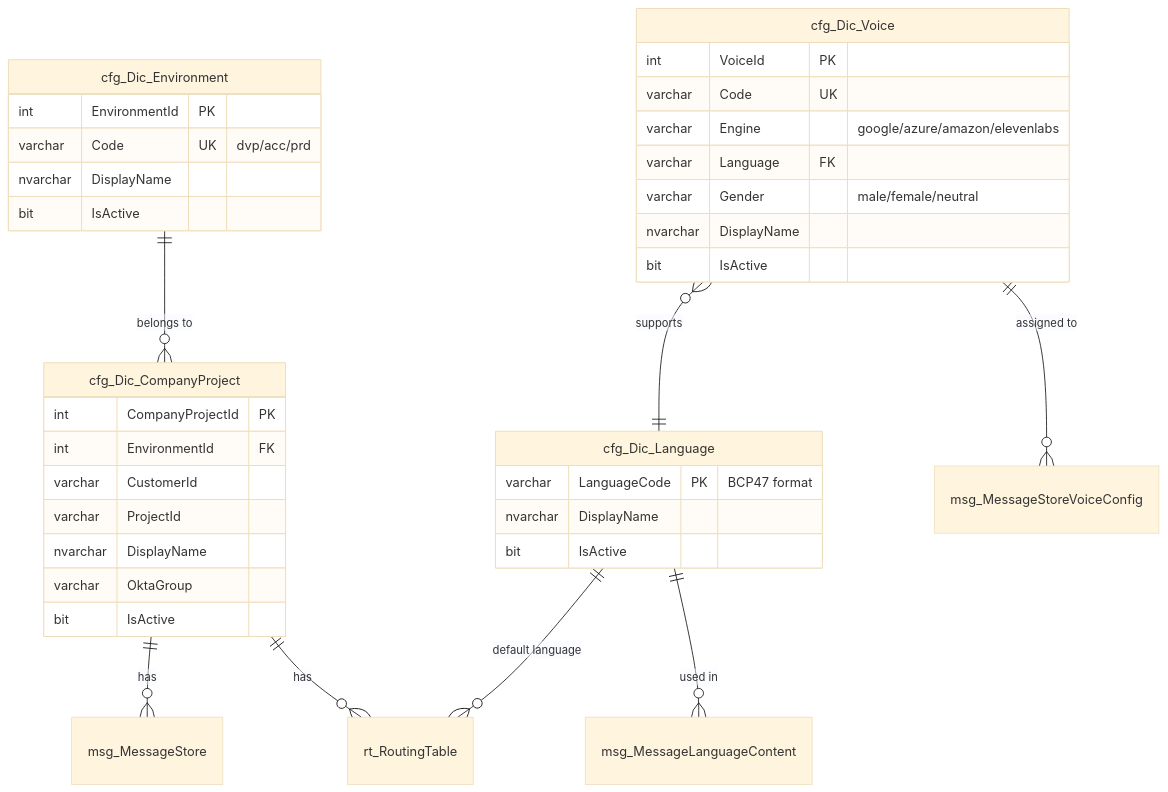
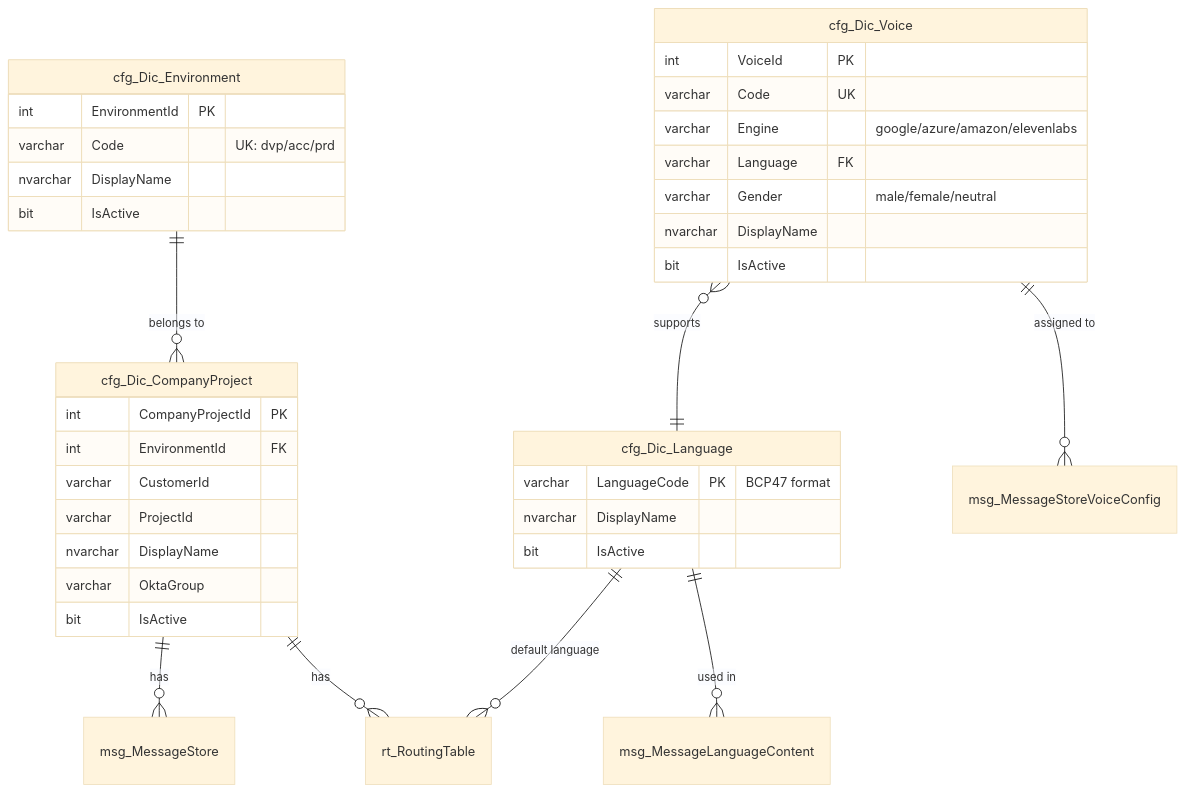
One commit to MertensMattias/routing-data-layer-doc changed the first of 5 diagrams in docs/DATABASE_SCHEMA.md. Above: the diagram before and after it, drawn with Mermaid (base theme). The commit also changed other lines of this file and 1 other file, not shown here.

Commit message:
Update DATABASE_SCHEMA.md to clarify unique key annotations and adjust DEVELOPER_GUIDE.md for IVR style color consistency.

````diff
--- a/docs/DATABASE_SCHEMA.md
+++ b/docs/DATABASE_SCHEMA.md
@@ -63,43 +63,43 @@
 ```mermaid
 erDiagram
     cfg_Dic_CompanyProject ||--o{ rt_RoutingTable : "has"
     cfg_Dic_CompanyProject ||--o{ msg_MessageStore : "has"
     cfg_Dic_Environment ||--o{ cfg_Dic_CompanyProject : "belongs to"
     cfg_Dic_Language ||--o{ msg_MessageLanguageContent : "used in"
     cfg_Dic_Language ||--o{ rt_RoutingTable : "default language"
     cfg_Dic_Voice ||--o{ msg_MessageStoreVoiceConfig : "assigned to"
     cfg_Dic_Voice }o--|| cfg_Dic_Language : "supports"
 
     cfg_Dic_CompanyProject {
         int CompanyProjectId PK
         int EnvironmentId FK
         varchar CustomerId
         varchar ProjectId
         nvarchar DisplayName
         varchar OktaGroup
         bit IsActive
     }
 
     cfg_Dic_Environment {
         int EnvironmentId PK
-        varchar Code UK "dvp/acc/prd"
+        varchar Code "UK: dvp/acc/prd"
         nvarchar DisplayName
         bit IsActive
     }
 
     cfg_Dic_Language {
         varchar LanguageCode PK "BCP47 format"
         nvarchar DisplayName
         bit IsActive
     }
 
     cfg_Dic_Voice {
         int VoiceId PK
         varchar Code UK
         varchar Engine "google/azure/amazon/elevenlabs"
         varchar Language FK
         varchar Gender "male/female/neutral"
         nvarchar DisplayName
         bit IsActive
     }
 ```
````
